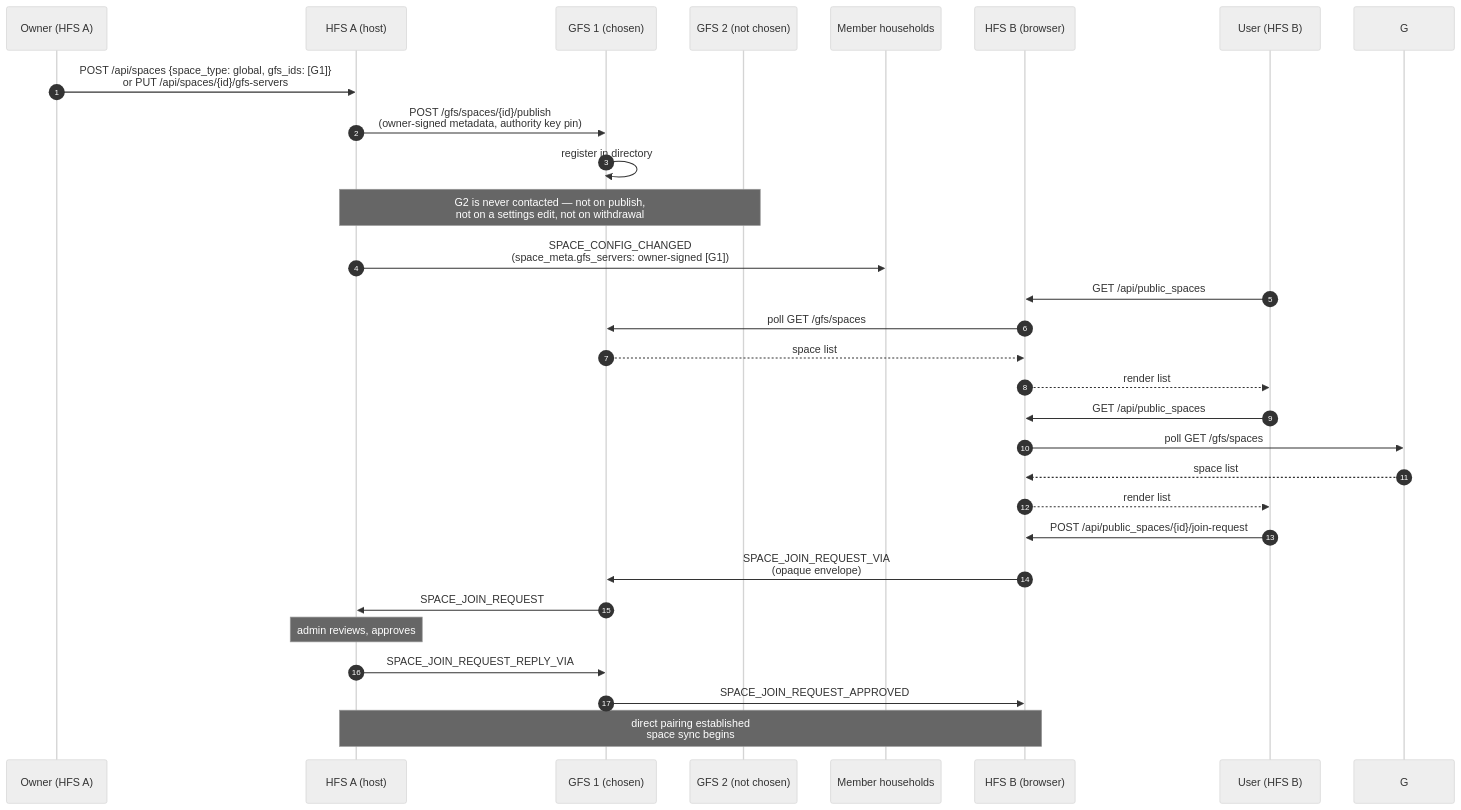
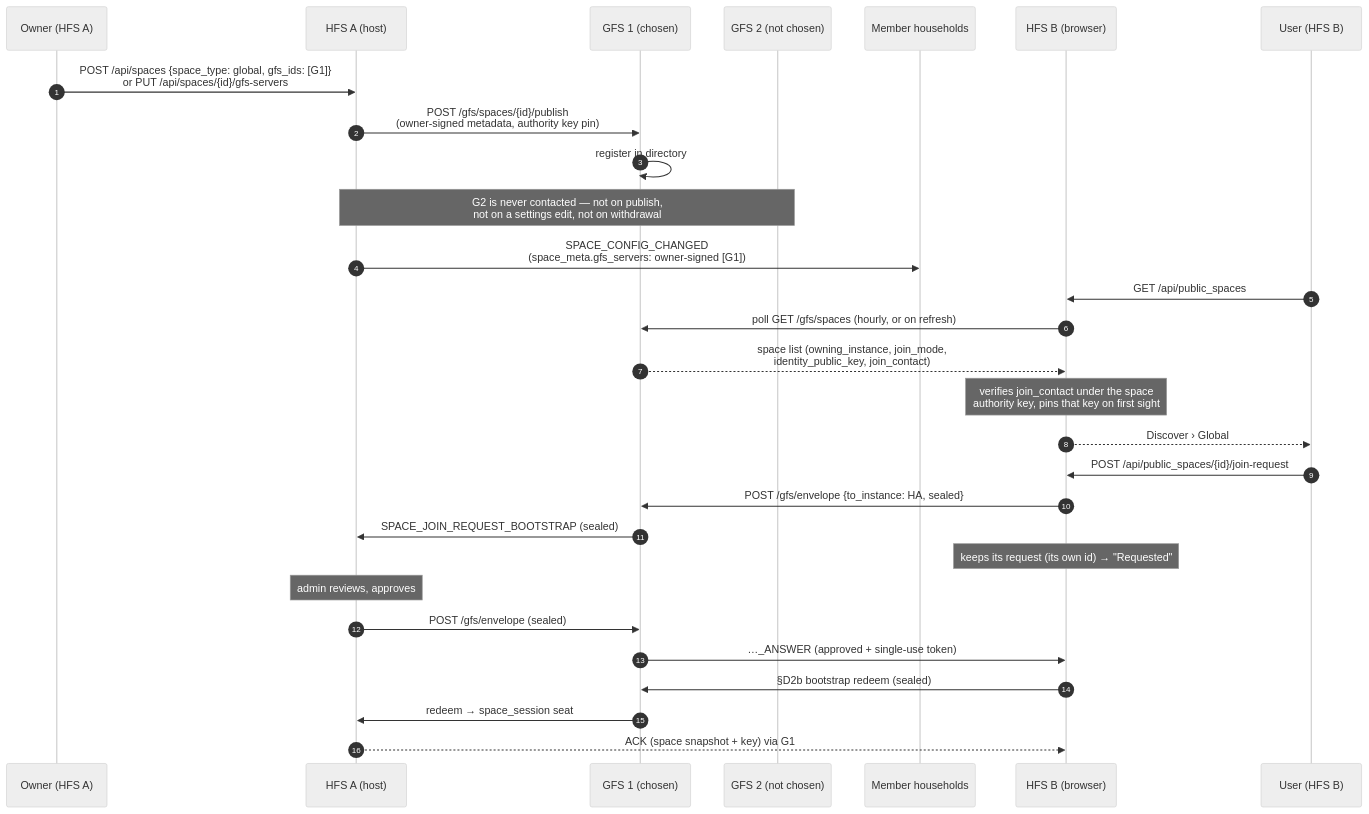
Diagram 15 of 15 in docs/protocol/discovery.md (social-home-io/socialhome), drawn with Mermaid (neutral theme) before and after one commit. The commit also changed other lines of this file and 77 other files, not shown here.

First line of the commit message:
Households on the same GFS can ask to join a global space, without pairing (#1320)

````diff
--- a/docs/protocol/discovery.md
+++ b/docs/protocol/discovery.md
@@ -3986,31 +3991,31 @@
 ```mermaid
 sequenceDiagram
     autonumber
     participant O as Owner (HFS A)
     participant HA as HFS A (host)
     participant G1 as GFS 1 (chosen)
     participant G2 as GFS 2 (not chosen)
     participant M as Member households
     participant HB as HFS B (browser)
     participant UB as User (HFS B)
     O->>HA: POST /api/spaces {space_type: global, gfs_ids: [G1]}<br/>or PUT /api/spaces/{id}/gfs-servers
     HA->>G1: POST /gfs/spaces/{id}/publish<br/>(owner-signed metadata, authority key pin)
     G1->>G1: register in directory
     Note over HA,G2: G2 is never contacted — not on publish,<br/>not on a settings edit, not on withdrawal
     HA->>M: SPACE_CONFIG_CHANGED<br/>(space_meta.gfs_servers: owner-signed [G1])
     UB->>HB: GET /api/public_spaces
-    HB->>G1: poll GET /gfs/spaces
-    G1-->>HB: space list
-    HB-->>UB: render list
-    UB->>HB: GET /api/public_spaces
-    HB->>G: poll GET /gfs/spaces
-    G-->>HB: space list
-    HB-->>UB: render list
+    HB->>G1: poll GET /gfs/spaces (hourly, or on refresh)
+    G1-->>HB: space list (owning_instance, join_mode,<br/>identity_public_key, join_contact)
+    Note over HB: verifies join_contact under the space<br/>authority key, pins that key on first sight
+    HB-->>UB: Discover › Global
     UB->>HB: POST /api/public_spaces/{id}/join-request
-    HB->>G1: SPACE_JOIN_REQUEST_VIA<br/>(opaque envelope)
-    G1->>HA: SPACE_JOIN_REQUEST
+    HB->>G1: POST /gfs/envelope {to_instance: HA, sealed}
+    G1->>HA: SPACE_JOIN_REQUEST_BOOTSTRAP (sealed)
+    Note over HB: keeps its request (its own id) → "Requested"
     Note over HA: admin reviews, approves
-    HA->>G1: SPACE_JOIN_REQUEST_REPLY_VIA
-    G1->>HB: SPACE_JOIN_REQUEST_APPROVED
-    Note over HA,HB: direct pairing established<br/>space sync begins
+    HA->>G1: POST /gfs/envelope (sealed)
+    G1->>HB: …_ANSWER (approved + single-use token)
+    HB->>G1: §D2b bootstrap redeem (sealed)
+    G1->>HA: redeem → space_session seat
+    HA-->>HB: ACK (space snapshot + key) via G1
 ```
````
